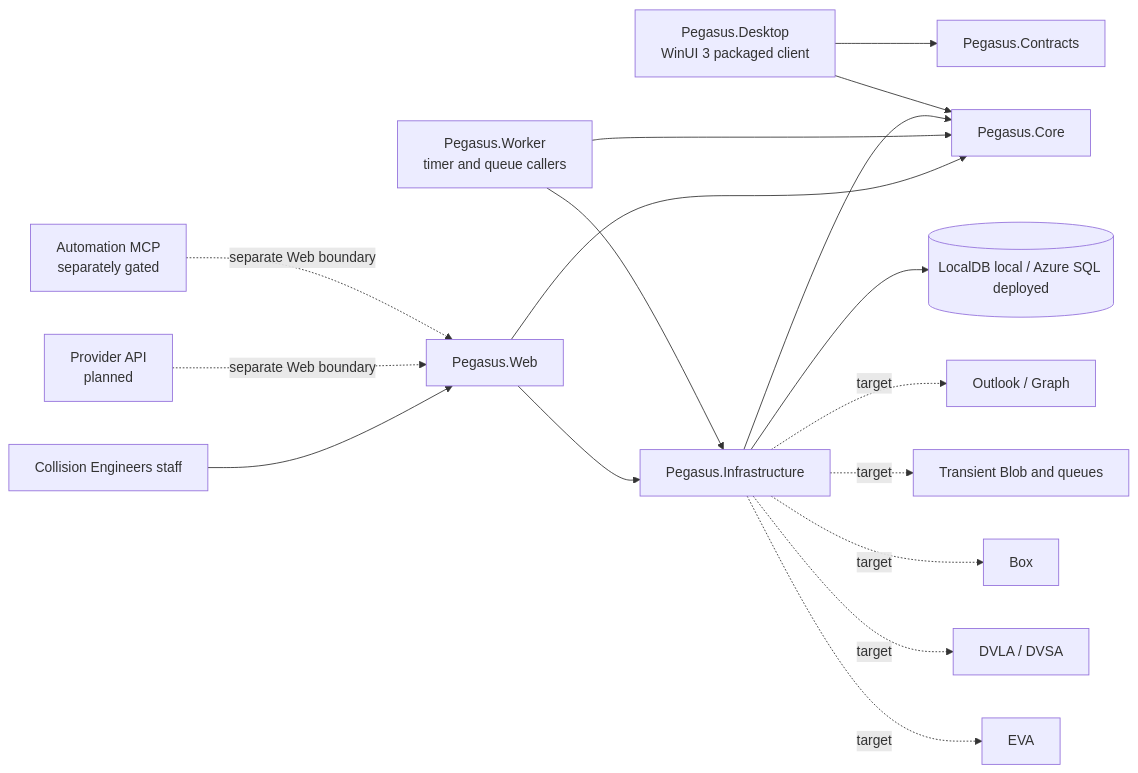
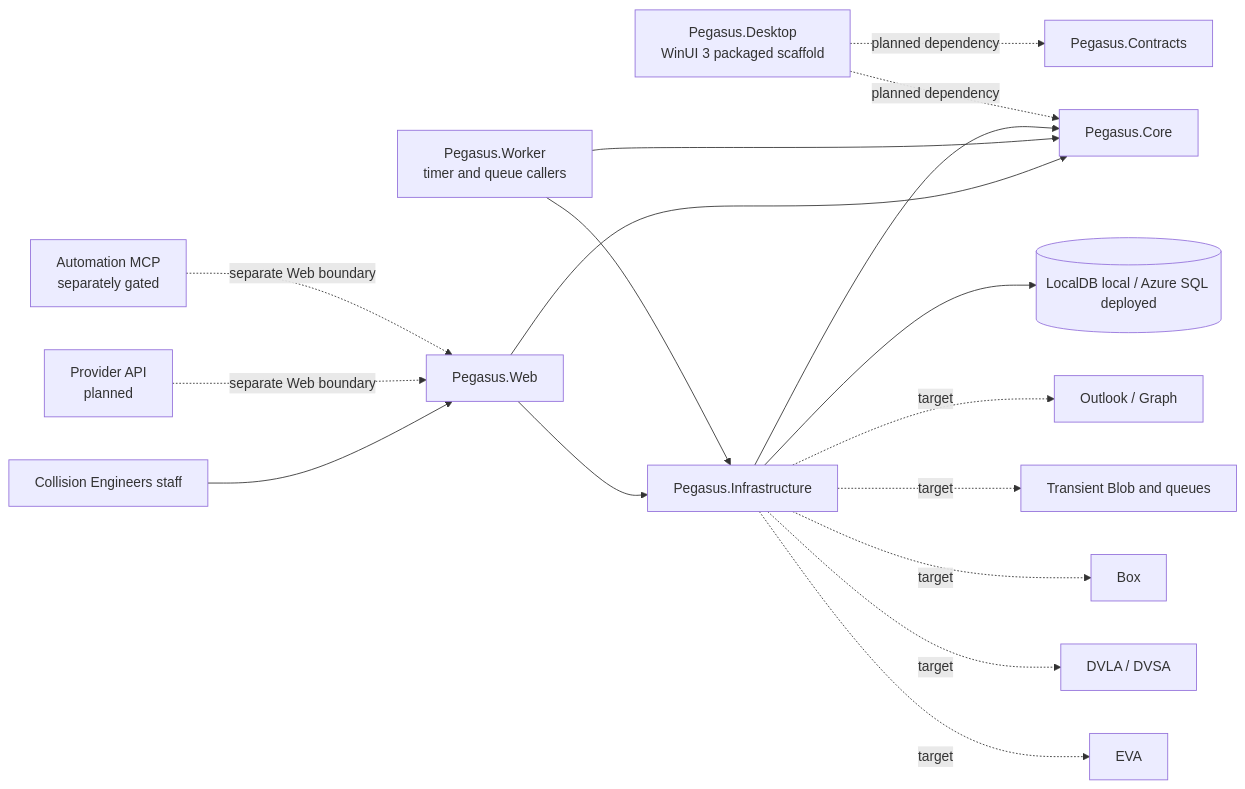
The diagram in docs/current-architecture.md (merceralex397-collab/pegasusDesktop), drawn with Mermaid before and after one commit.

Commit message:
Clarify desktop scaffold dependency state

````diff
--- a/docs/current-architecture.md
+++ b/docs/current-architecture.md
@@ -31,21 +31,21 @@
 ```mermaid
 flowchart LR
     Staff[Collision Engineers staff] --> Web[Pegasus.Web]
     Provider[Provider API\nplanned] -. separate Web boundary .-> Web
     MCP[Automation MCP\nseparately gated] -. separate Web boundary .-> Web
 
     Web --> Core[Pegasus.Core]
     Worker[Pegasus.Worker\ntimer and queue callers] --> Core
     Web --> Infra[Pegasus.Infrastructure]
     Worker --> Infra
     Infra --> Core
-    Desktop[Pegasus.Desktop\nWinUI 3 packaged client] --> Core
-    Desktop --> Contracts[Pegasus.Contracts]
+    Desktop[Pegasus.Desktop\nWinUI 3 packaged scaffold] -. planned dependency .-> Core
+    Desktop -. planned dependency .-> Contracts[Pegasus.Contracts]
 
     Infra --> SQL[(LocalDB local / Azure SQL deployed)]
     Infra -. target .-> Outlook[Outlook / Graph]
     Infra -. target .-> Blob[Transient Blob and queues]
     Infra -. target .-> Box[Box]
     Infra -. target .-> DVLA[DVLA / DVSA]
     Infra -. target .-> EVA[EVA]
 ```
````
